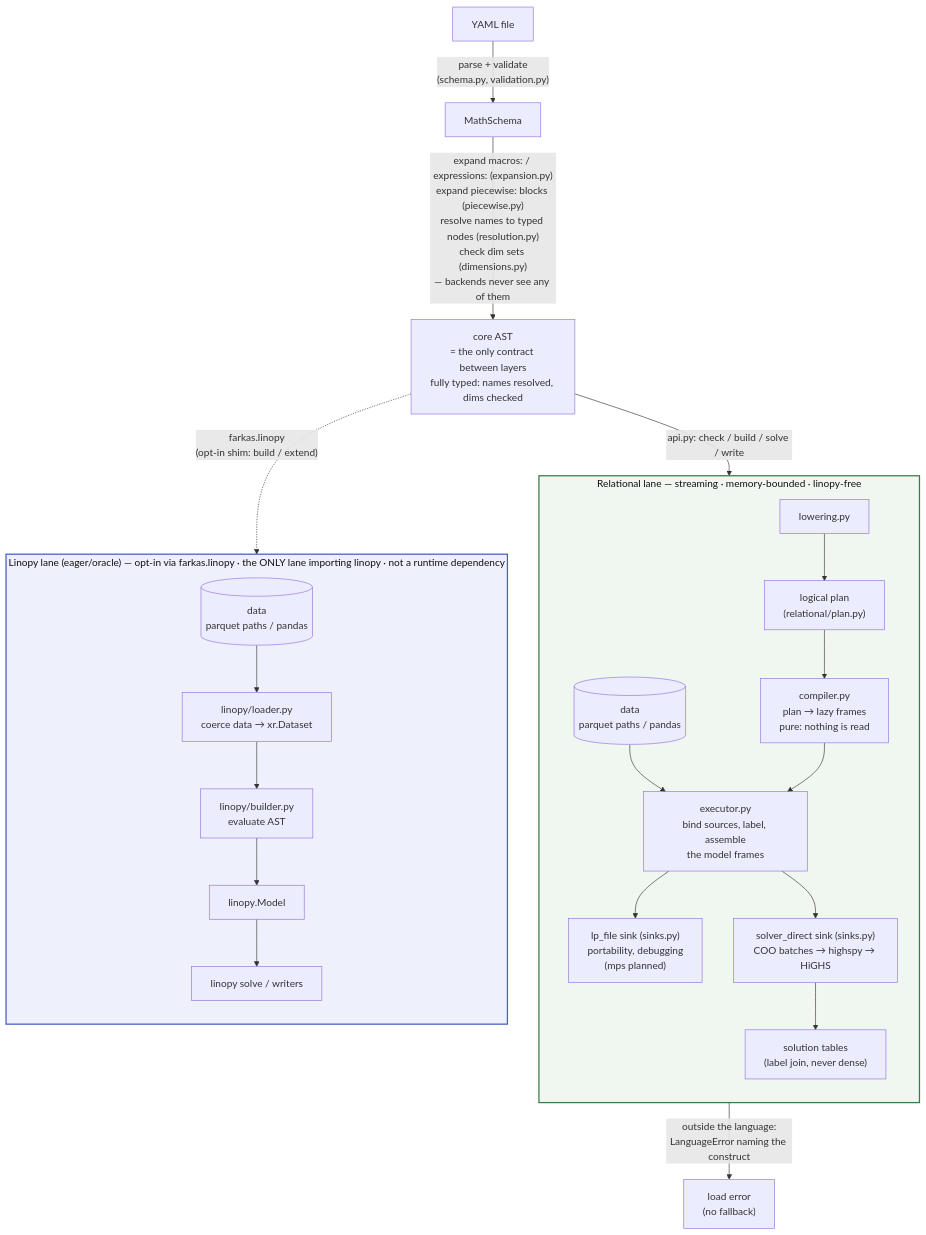
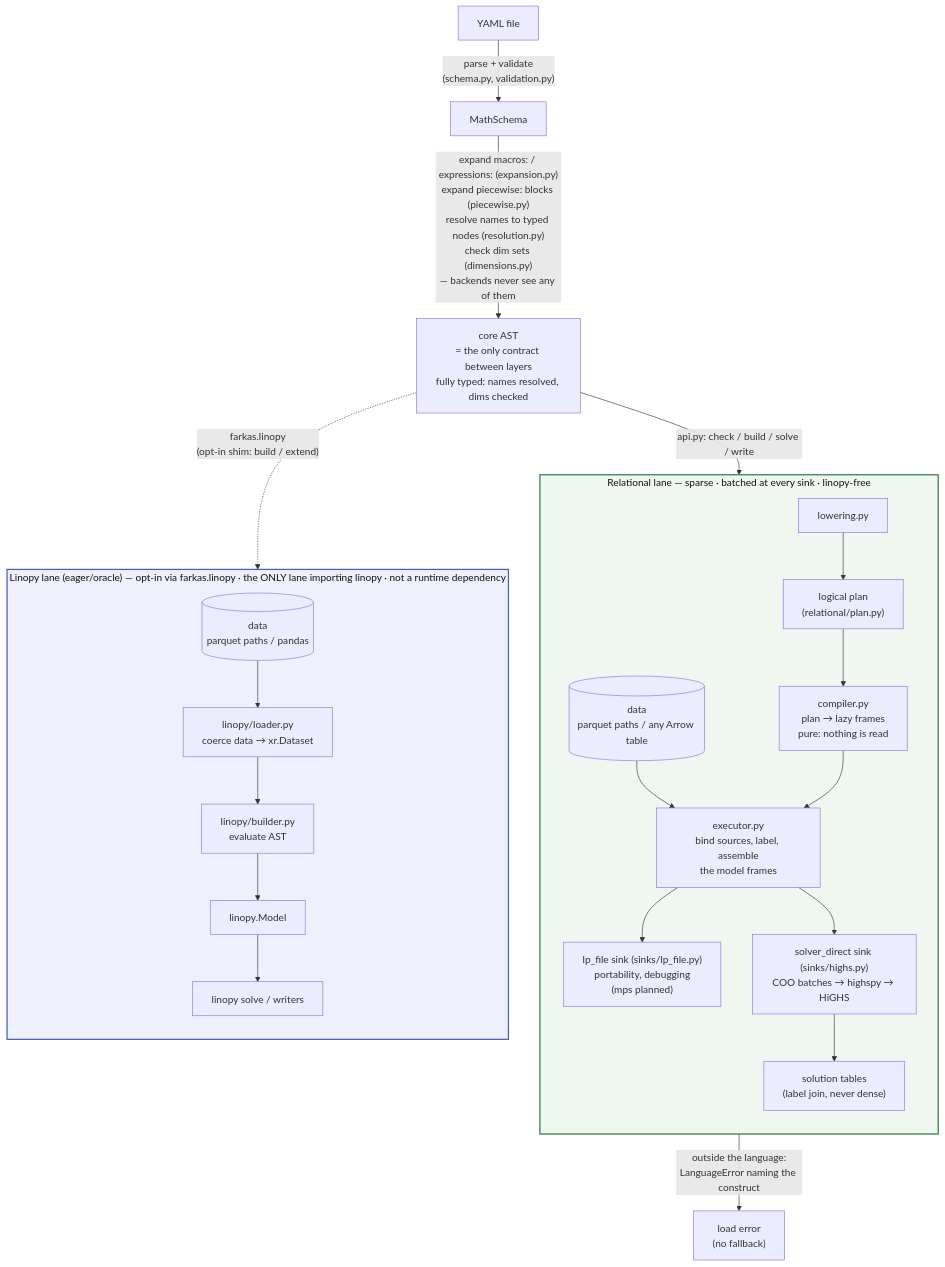
One commit to FBumann/farkas changed the diagram in ARCHITECTURE.md. Above: the diagram before and after it, drawn with Mermaid. The commit also changed other lines of this file and 5 other files, not shown here.

````diff
--- a/ARCHITECTURE.md
+++ b/ARCHITECTURE.md
@@ -24,31 +24,31 @@
 ```mermaid
 flowchart TB
     Y[YAML file] -->|"parse + validate<br/>(schema.py, validation.py)"| MS[MathSchema]
     MS -->|"expand macros: / expressions: (expansion.py)<br/>expand piecewise: blocks (piecewise.py)<br/>resolve names to typed nodes (resolution.py)<br/>check dim sets (dimensions.py)<br/>— backends never see any of them"| AST["core AST<br/>= the only contract between layers<br/>fully typed: names resolved, dims checked"]
     AST -->|"api.py: check / build / solve / write"| LOWER
     AST -.->|"farkas.linopy<br/>(opt-in shim: build / extend)"| BUILD
     LOWER -->|"outside the language:<br/>LanguageError naming the construct"| ERR["load error<br/>(no fallback)"]
 
-    subgraph REL["Relational lane — streaming · memory-bounded · linopy-free"]
+    subgraph REL["Relational lane — sparse · batched at every sink · linopy-free"]
         direction TB
         LOWER["lowering.py"] --> PLAN["logical plan<br/>(relational/plan.py)"]
         PLAN --> COMP["compiler.py<br/>plan → lazy frames<br/>pure: nothing is read"]
-        DR[("data<br/>parquet paths / pandas")] --> EXEC
+        DR[("data<br/>parquet paths / any Arrow table")] --> EXEC
         COMP --> EXEC["executor.py<br/>bind sources, label, assemble<br/>the model frames"]
-        EXEC --> LPS["lp_file sink (sinks.py)<br/>portability, debugging<br/>(mps planned)"]
-        EXEC --> DIRECT["solver_direct sink (sinks.py)<br/>COO batches → highspy → HiGHS"]
+        EXEC --> LPS["lp_file sink (sinks/lp_file.py)<br/>portability, debugging<br/>(mps planned)"]
+        EXEC --> DIRECT["solver_direct sink (sinks/highs.py)<br/>COO batches → highspy → HiGHS"]
         DIRECT --> SOL["solution tables<br/>(label join, never dense)"]
     end
 
     subgraph EAGER["Linopy lane (eager/oracle) — opt-in via farkas.linopy · the ONLY lane importing linopy · not a runtime dependency"]
         direction TB
         DE[("data<br/>parquet paths / pandas")] --> LOAD["linopy/loader.py<br/>coerce data → xr.Dataset"]
         LOAD --> BUILD["linopy/builder.py<br/>evaluate AST"]
         BUILD --> MODEL[linopy.Model] --> SOLVE["linopy solve / writers"]
     end
 
     classDef laneR fill:#f0f7f0,stroke:#3a7d44,stroke-width:2px,color:#111
     classDef laneE fill:#eef1fb,stroke:#4a5fc1,stroke-width:2px,color:#111
     class REL laneR
     class EAGER laneE
 ```
````
